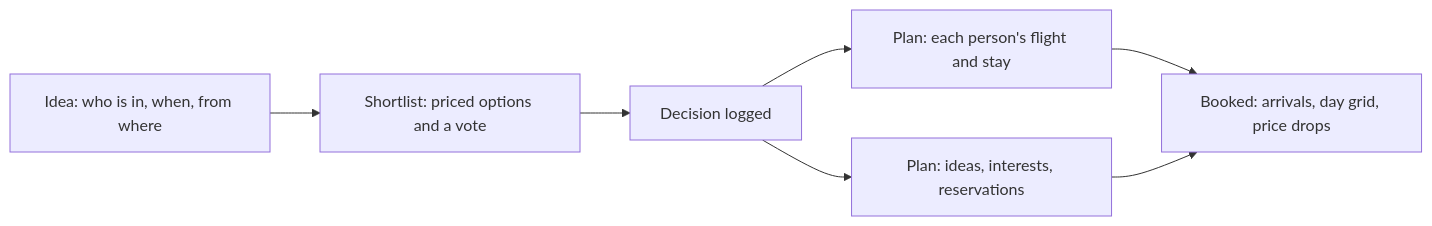
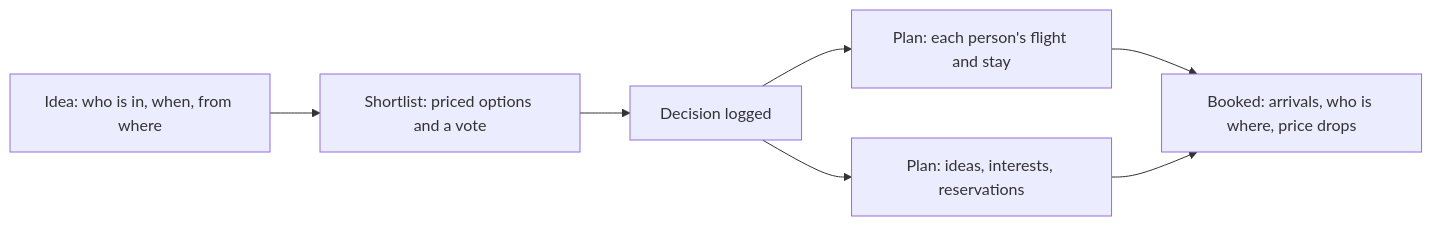
Before and after one commit to baladithyab/baladithyab.github.io: the diagram in docs/TRIPSPACE_UX.md, drawn with Mermaid. The commit also changed other lines of this file and 26 other files, not shown here.

First line of the commit message:
feat(tripspace): full-width workspace layout and who-is-where timeline

````diff
--- a/docs/TRIPSPACE_UX.md
+++ b/docs/TRIPSPACE_UX.md
@@ -47,9 +47,9 @@
 ```mermaid
 flowchart LR
   IDEA["Idea: who is in, when, from where"] --> SHORT["Shortlist: priced options and a vote"]
   SHORT --> LOG["Decision logged"]
   LOG --> TRAVEL["Plan: each person's flight and stay"]
   LOG --> DO["Plan: ideas, interests, reservations"]
-  TRAVEL --> BOOKED["Booked: arrivals, day grid, price drops"]
+  TRAVEL --> BOOKED["Booked: arrivals, who is where, price drops"]
   DO --> BOOKED
 ```
````
